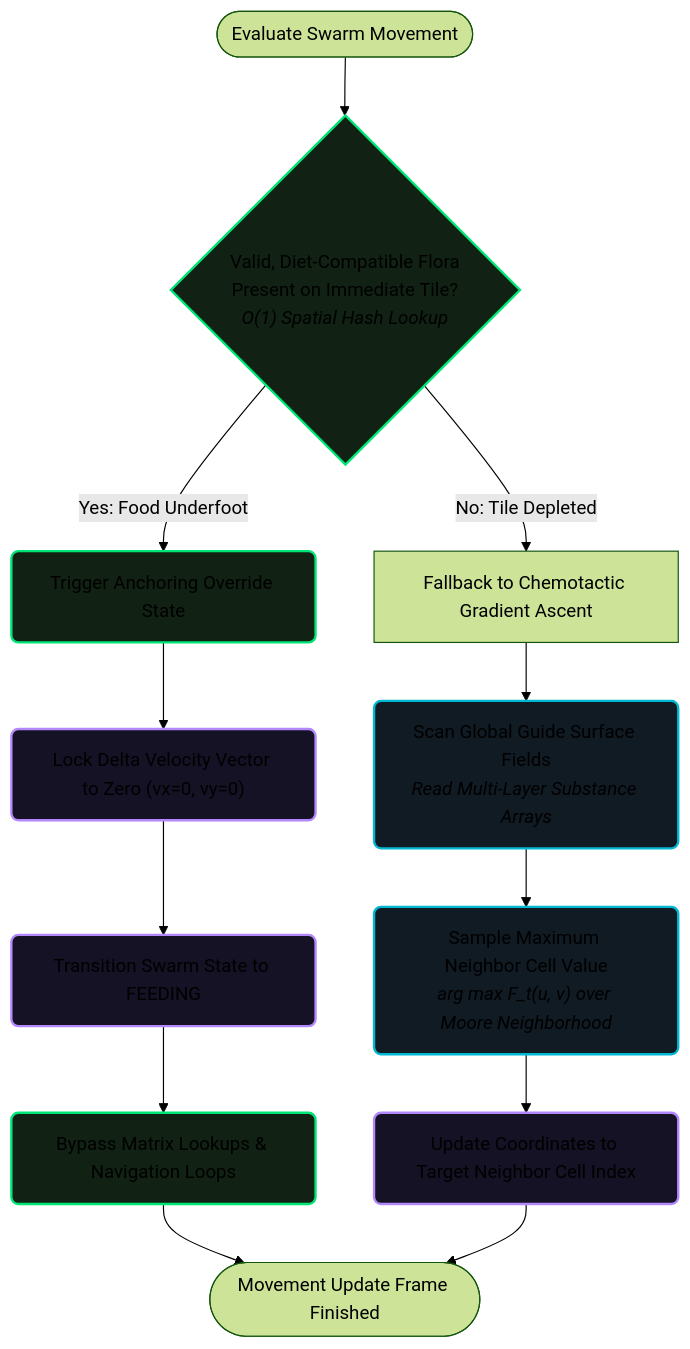
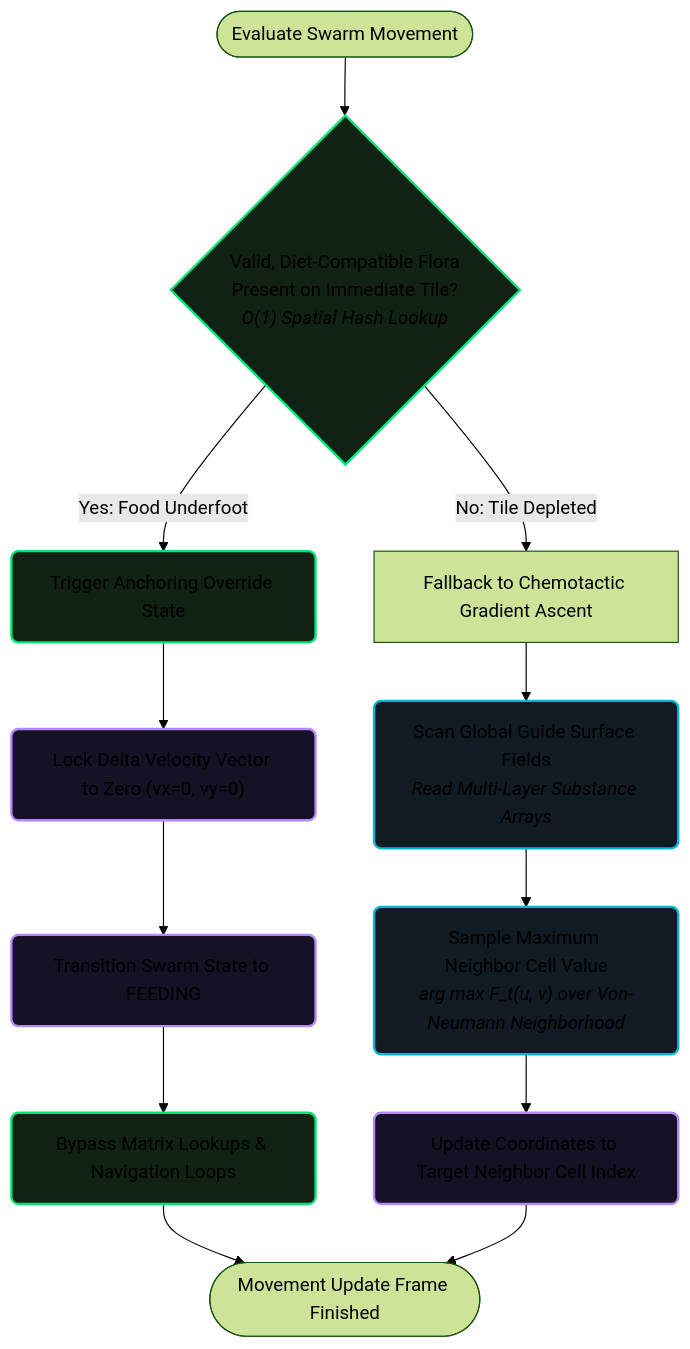
Before and after one commit to foersben/PHIDS: the diagram in docs/scientific_model/herbivore_behavior.md, drawn with Mermaid (forest theme). The commit also changed other lines of this file and 220 other files, not shown here.

First line of the commit message:
release: v0.10.0 - OpenMP JIT Parallelization, Subnormal FTZ Optimizations & Stage 1B Roadmap

````diff
--- a/docs/scientific_model/herbivore_behavior.md
+++ b/docs/scientific_model/herbivore_behavior.md
@@ -88,28 +71,28 @@
 ```mermaid
 flowchart TD
     Start_Move([Evaluate Swarm Movement]) --> Check_Local{"Valid, Diet-Compatible Flora<br>Present on Immediate Tile?<br><i>O(1) Spatial Hash Lookup</i>"}
 
     %% Anchoring Path
     Check_Local -- Yes: Food Underfoot --> Trigger_Anchor["Trigger Anchoring Override State"]
     Trigger_Anchor --> Set_Zero["Lock Delta Velocity Vector to Zero (vx=0, vy=0)"]
     Set_Zero --> Execute_Feed["Transition Swarm State to FEEDING"]
     Execute_Feed --> Skip_Field["Bypass Matrix Lookups & Navigation Loops"]
 
     %% Flow Field Gradient Path
     Check_Local -- No: Tile Depleted --> Evaluate_Nav["Fallback to Chemotactic Gradient Ascent"]
-    Evaluate_Nav --> Read_Arrays["Scan Global Guide Surface Fields<br><i>Read Multi-Layer Substance Arrays</i>"]
-    Read_Arrays --> Moore_Max["Sample Maximum Neighbor Cell Value<br><i>arg max F_t(u, v) over Moore Neighborhood</i>"]
-    Moore_Max --> Commit_Step["Update Coordinates to Target Neighbor Cell Index"]
+    Evaluate_Nav --> Read_Arrays["Scan Global Guide Surface Fields<br/><i>Read Multi-Layer Substance Arrays</i>"]
+    Read_Arrays --> VonNeumann_Max["Sample Maximum Neighbor Cell Value<br/><i>arg max F_t(u, v) over Von-Neumann Neighborhood</i>"]
+    VonNeumann_Max --> Commit_Step["Update Coordinates to Target Neighbor Cell Index"]
 
     %% Convergence
     Skip_Field & Commit_Step --> End_Move([Movement Update Frame Finished])
 
     %% Class Allocations
     classDef shortcut fill:#112214,stroke:#00e676,stroke-width:2px,rx:6px,ry:6px;
     classDef coreSys fill:#141224,stroke:#b388ff,stroke-width:2px,rx:6px,ry:6px;
     classDef stateData fill:#111b24,stroke:#00b8d4,stroke-width:2px,rx:6px,ry:6px;
 
     class Check_Local,Trigger_Anchor,Skip_Field shortcut
     class Set_Zero,Execute_Feed,Commit_Step coreSys
-    class Read_Arrays,Moore_Max stateData
+    class Read_Arrays,VonNeumann_Max stateData
 ```
````
